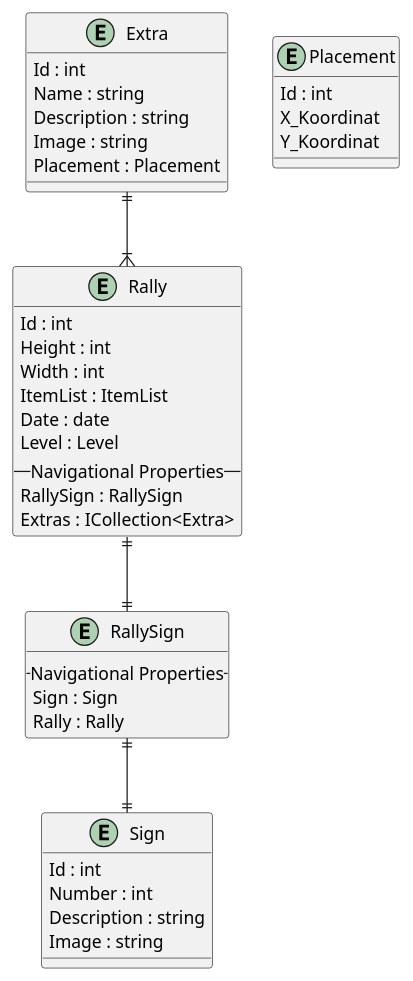
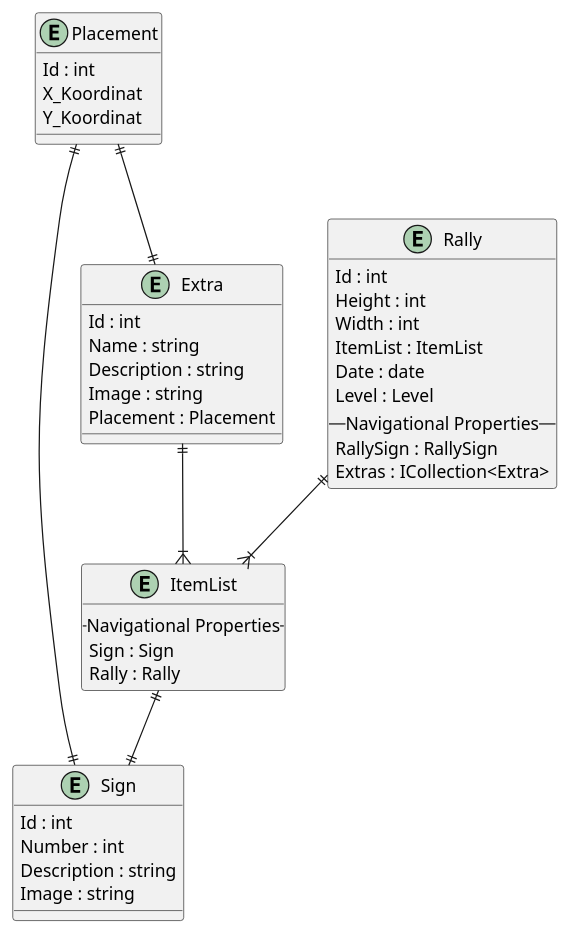
One commit to Team-1-ucl/Team1_Projekt changed the diagram in Dokumentation/Scenarier/Baner/Development View/DB-Model/DB-Model.wsd. Above: the diagram before and after it, drawn with PlantUML. The commit also changed 4 other files, not shown here.

Commit message:
ADD sorting Item List

```diff
--- a/Dokumentation/Scenarier/Baner/Development View/DB-Model/DB-Model.wsd
+++ b/Dokumentation/Scenarier/Baner/Development View/DB-Model/DB-Model.wsd
@@ -1,50 +1,52 @@
 @startuml DB_Model
 
 entity Sign{
     Id : int
     Number : int
     Description : string
     Image : string
 
 }
 
 entity Extra {
     Id : int
     Name : string
     Description : string
     Image : string
     Placement : Placement
 
 
 }
 
 entity Rally{
     Id : int
     Height : int
     Width : int
     ItemList : ItemList
     Date : date
     Level : Level
     --Navigational Properties--
     RallySign : RallySign
     Extras : ICollection<Extra>
 }
 
-entity RallySign{
+entity ItemList{
     --Navigational Properties--
     Sign : Sign
     Rally : Rally
 }
 
 entity Placement{
     Id : int
     X_Koordinat
     Y_Koordinat
 
 }
-Rally ||--|| RallySign 
-RallySign ||--||Sign
-Extra ||--|{Rally
+Rally ||--|{ ItemList 
+ItemList ||--||Sign
+Extra ||--|{ItemList
+Placement ||--|| Extra 
+Placement ||--|| Sign
 
 
 @enduml
```
